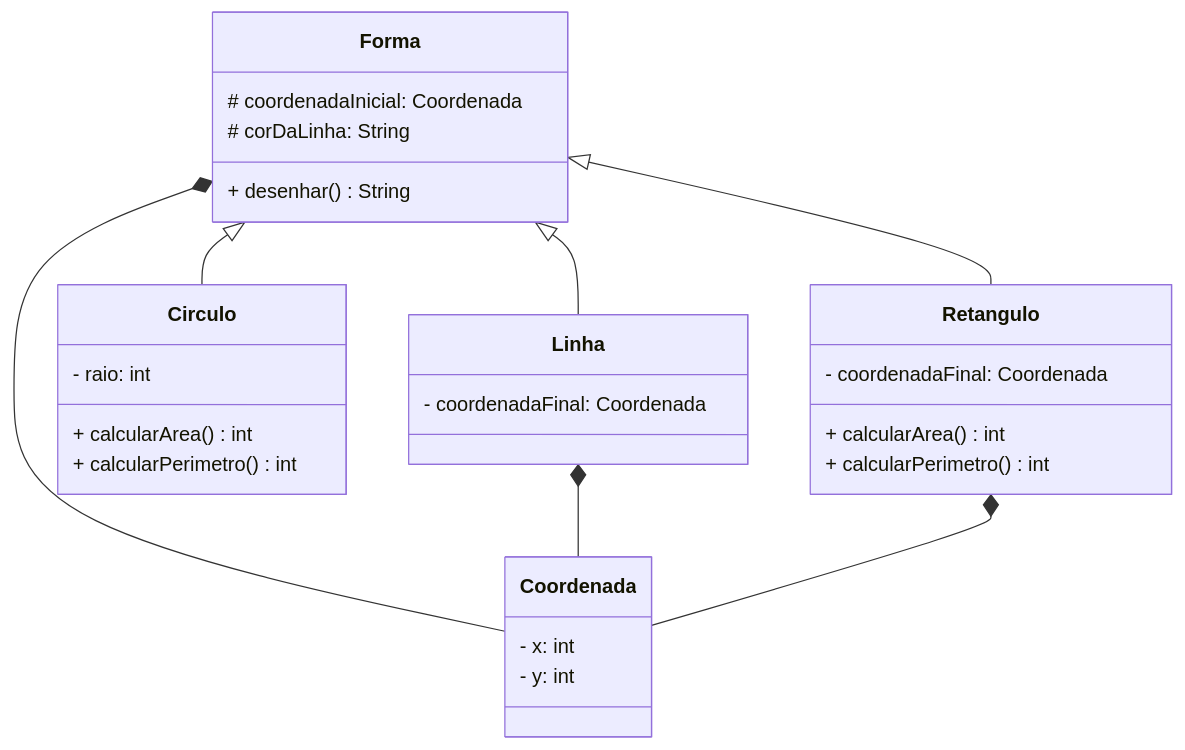
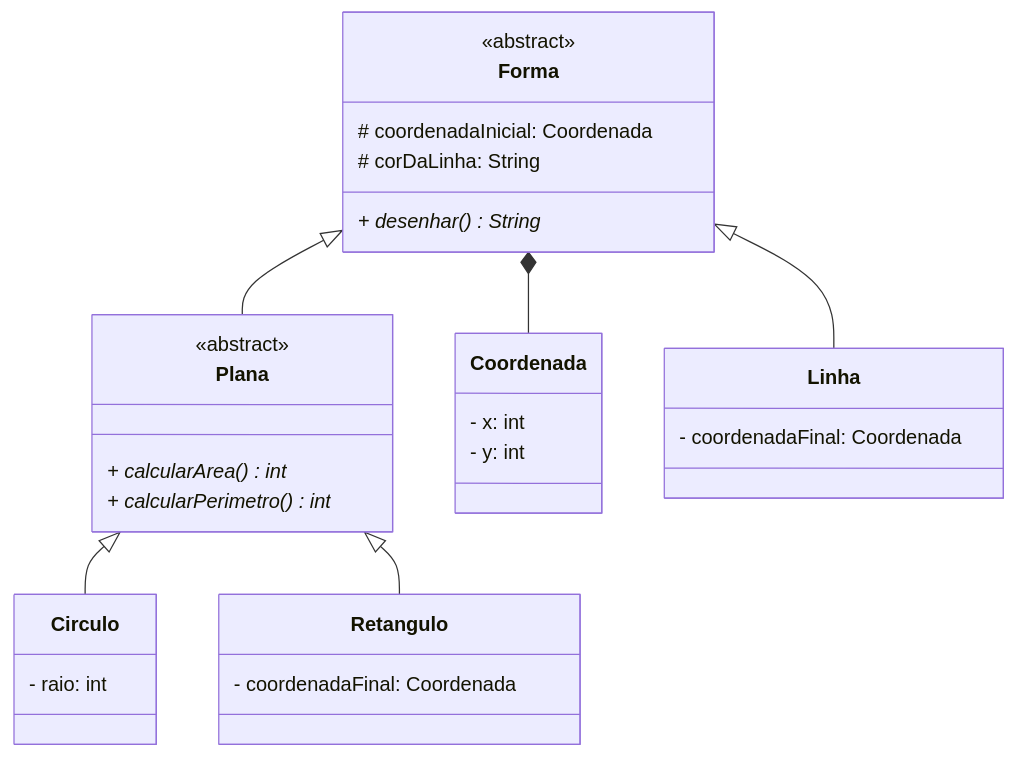
One commit to caiowporto/POO changed the second of 3 diagrams in aula/2026-10-22/Readme.md. Above: the diagram before and after it, drawn with Mermaid. The commit also changed other lines of this file and 4 other files, not shown here.

````diff
--- a/aula/2026-10-22/Readme.md
+++ b/aula/2026-10-22/Readme.md
@@ -36,38 +36,41 @@
 ```mermaid
 classDiagram
 
 class Forma{
+    <<abstract>>
     # coordenadaInicial: Coordenada
     # corDaLinha: String
-    + desenhar() String
+    + desenhar() String*
+}
+
+class Plana{
+    <<abstract>>
+    + calcularArea() int*
+    + calcularPerimetro() int*
 }
 
 class Coordenada{
     - x: int
     - y: int
 }
 
 class Linha{
     - coordenadaFinal: Coordenada
     }
 
 class Circulo{
     - raio: int
-    + calcularArea() int
-    + calcularPerimetro() int
     }
 
 class Retangulo{ 
     - coordenadaFinal: Coordenada
-    + calcularArea() int
-    + calcularPerimetro() int
     }
 
     Forma <|-- Linha
-    Forma <|-- Circulo
-    Forma <|-- Retangulo
+    Forma <|-- Plana
+    Plana <|-- Circulo
+    Plana <|-- Retangulo
     Forma *-- Coordenada
-    Linha *-- Coordenada
-    Retangulo *-- Coordenada
+    
 
 ```
````
